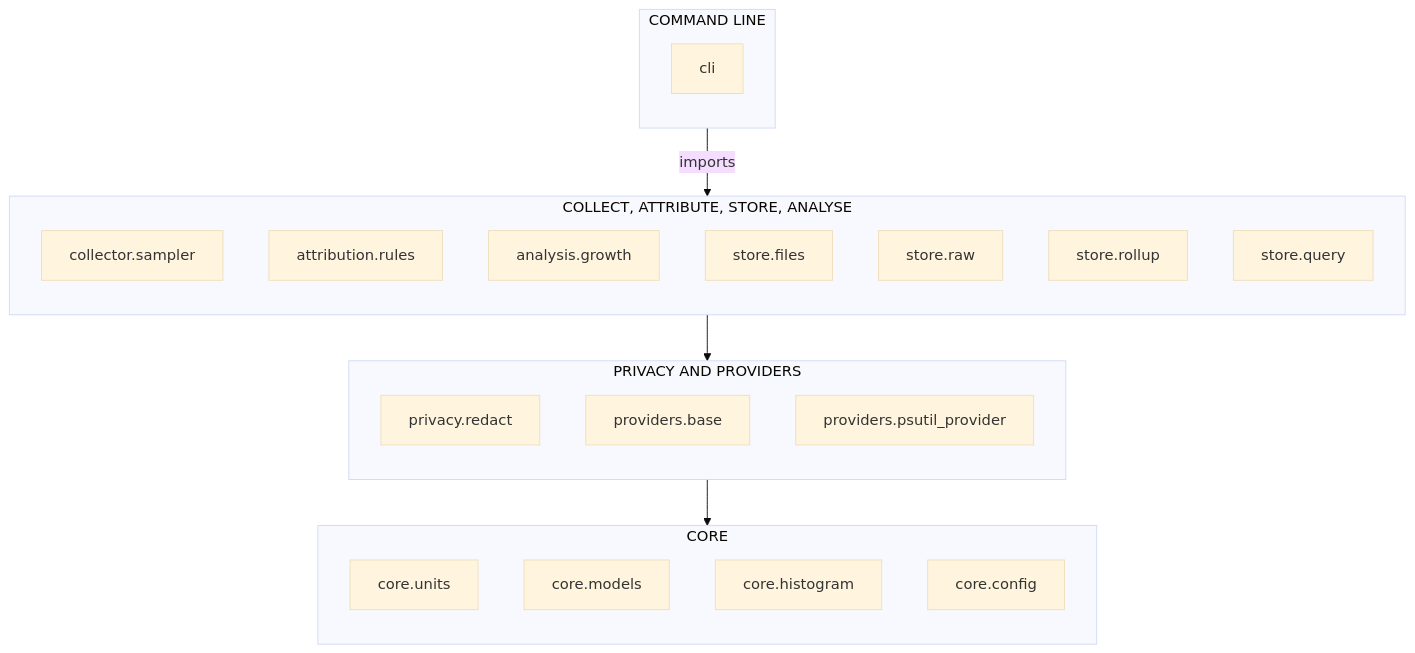
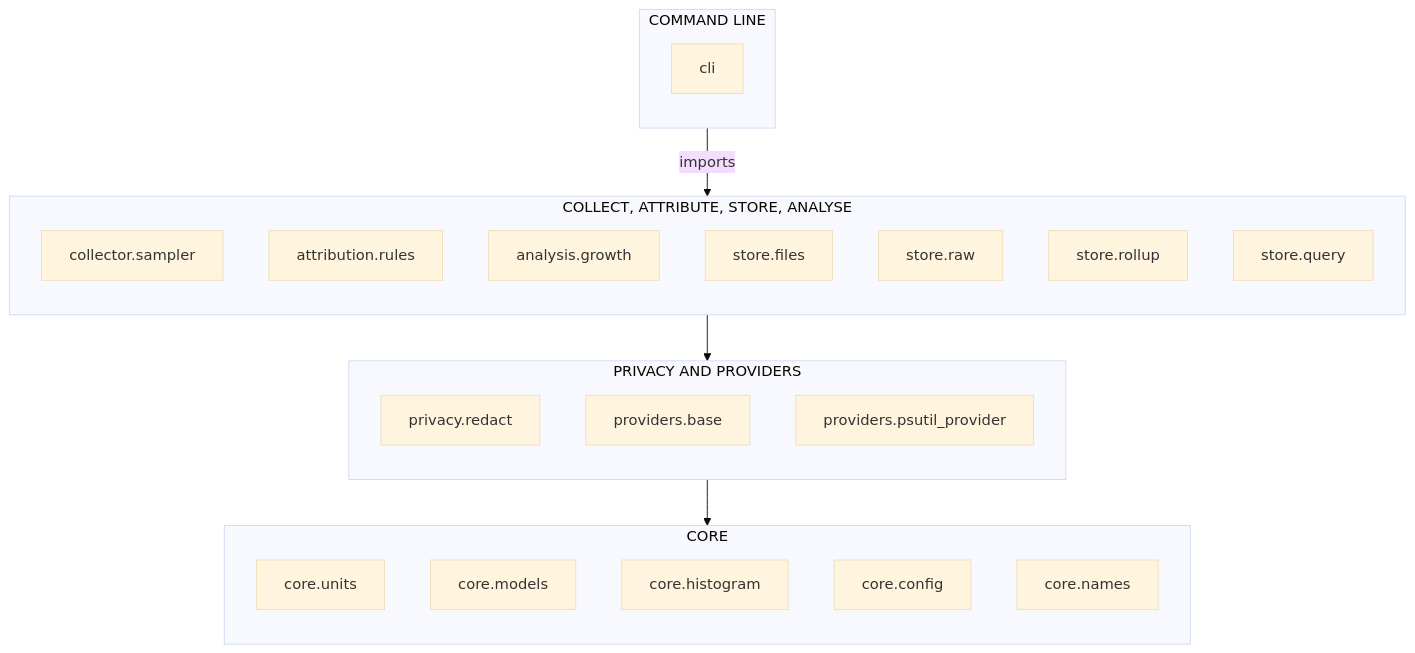
The diagram in docs/14-baseline-modules.md (therealestmatthew/submeter-pc-monitor), drawn with Mermaid (base theme) before and after one commit. The commit also changed other lines of this file and 3 other files, not shown here.

````diff
--- a/docs/14-baseline-modules.md
+++ b/docs/14-baseline-modules.md
@@ -19,33 +19,34 @@
 ```mermaid
 flowchart TD
     subgraph l3["COMMAND LINE"]
         direction TB
         cli["cli"]
     end
     subgraph l2["COLLECT, ATTRIBUTE, STORE, ANALYSE"]
         direction TB
         sampler["collector.sampler"]
         rules["attribution.rules"]
         growth["analysis.growth"]
         files["store.files"]
         raw["store.raw"]
         rollup["store.rollup"]
         query["store.query"]
     end
     subgraph l1["PRIVACY AND PROVIDERS"]
         direction TB
         redact["privacy.redact"]
         base["providers.base"]
         psutil["providers.psutil_provider"]
     end
     subgraph l0["CORE"]
         direction TB
         units["core.units"]
         models["core.models"]
         histogram["core.histogram"]
         config["core.config"]
+        names["core.names"]
     end
     l3 -->|imports| l2
     l2 --> l1
     l1 --> l0
 ```
````
